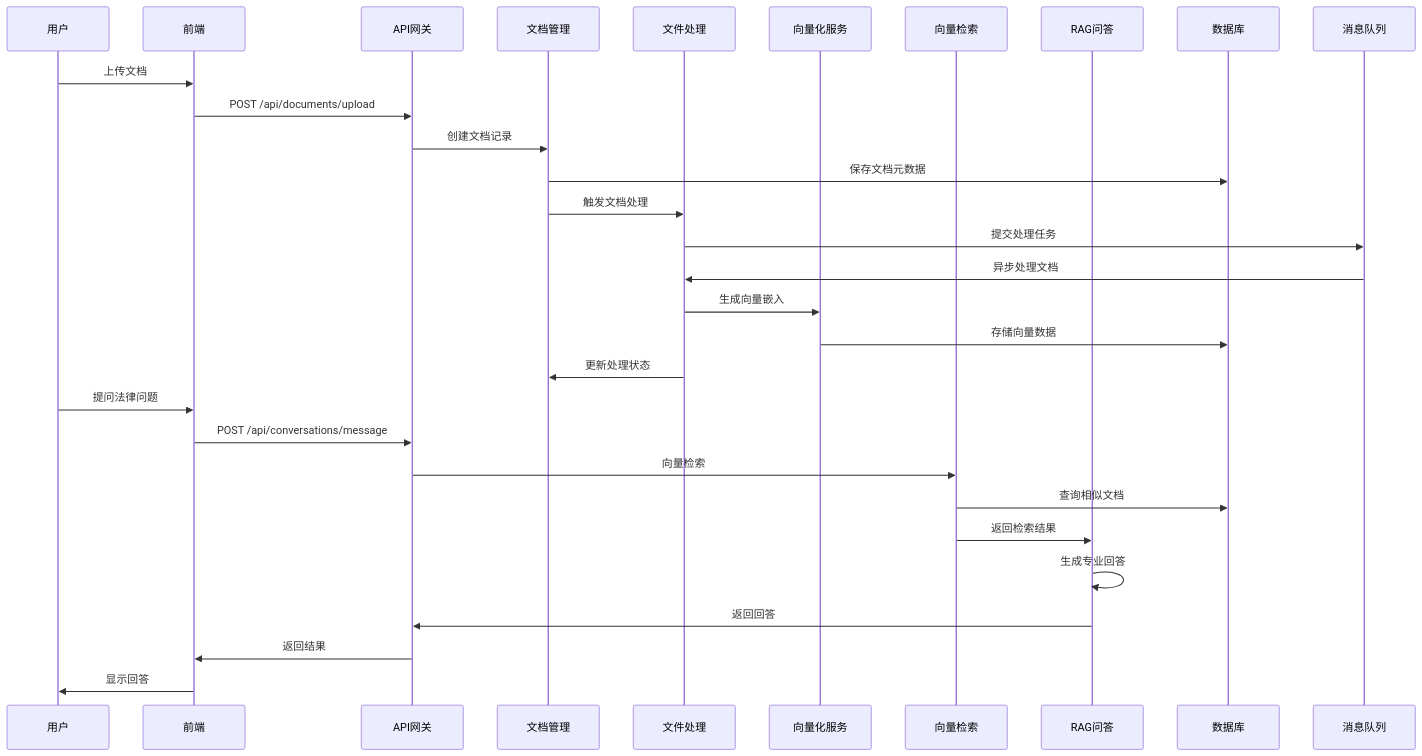
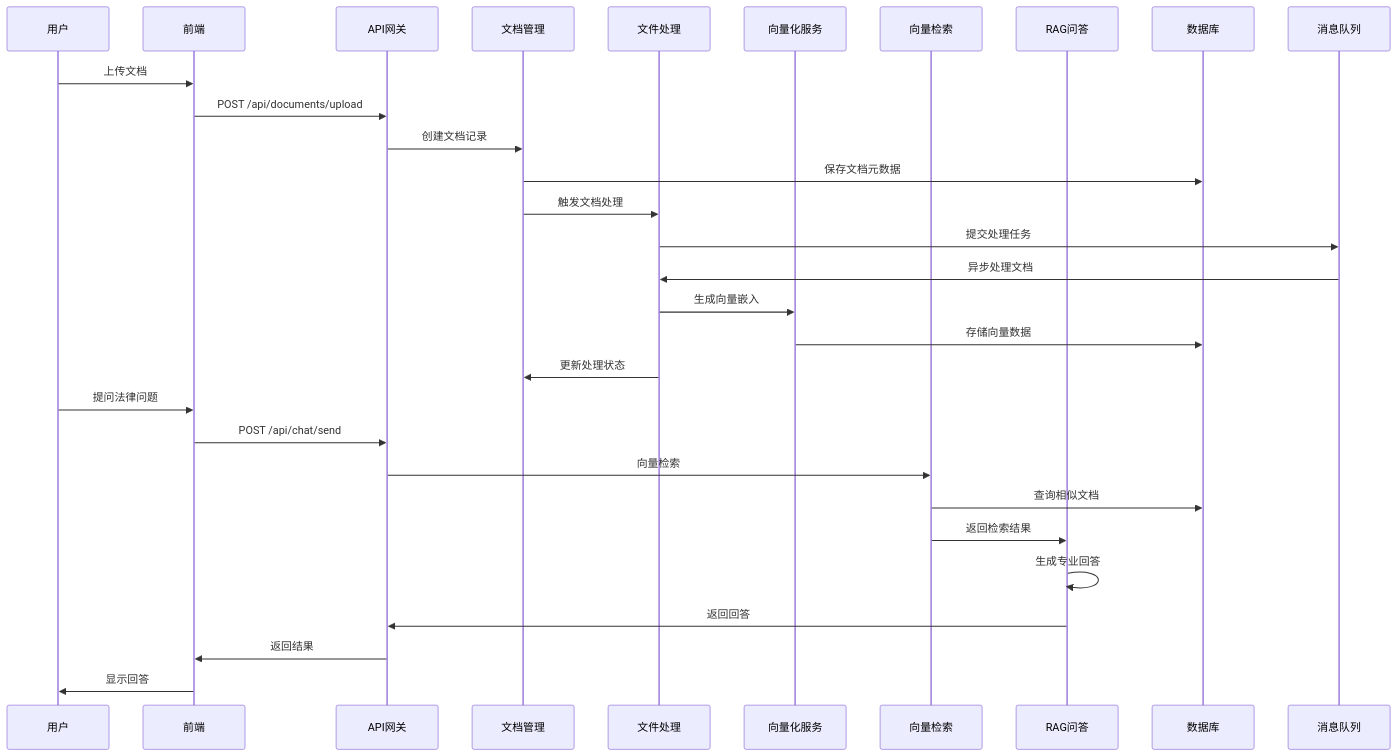
The diagram in docs/rag-integration-plan.md (zhangkuntony/Intelligent_Legal_Assistant), drawn with Mermaid before and after one commit. The commit also changed other lines of this file and 15 other files, not shown here.

Commit message:
Complete Chat API service and frontend chat.ts file

````diff
--- a/docs/rag-integration-plan.md
+++ b/docs/rag-integration-plan.md
@@ -49,34 +49,34 @@
 ```mermaid
 sequenceDiagram
     participant U as 用户
     participant F as 前端
     participant API as API网关
     participant DM as 文档管理
     participant FP as 文件处理
     participant ES as 向量化服务
     participant VS as 向量检索
     participant QA as RAG问答
     participant DB as 数据库
     participant MQ as 消息队列
 
     U->>F: 上传文档
     F->>API: POST /api/documents/upload
     API->>DM: 创建文档记录
     DM->>DB: 保存文档元数据
     DM->>FP: 触发文档处理
     FP->>MQ: 提交处理任务
     MQ->>FP: 异步处理文档
     FP->>ES: 生成向量嵌入
     ES->>DB: 存储向量数据
     FP->>DM: 更新处理状态
 
     U->>F: 提问法律问题
-    F->>API: POST /api/conversations/message
+    F->>API: POST /api/chat/send
     API->>VS: 向量检索
     VS->>DB: 查询相似文档
     VS->>QA: 返回检索结果
     QA->>QA: 生成专业回答
     QA->>API: 返回回答
     API->>F: 返回结果
     F->>U: 显示回答
 ```
````
